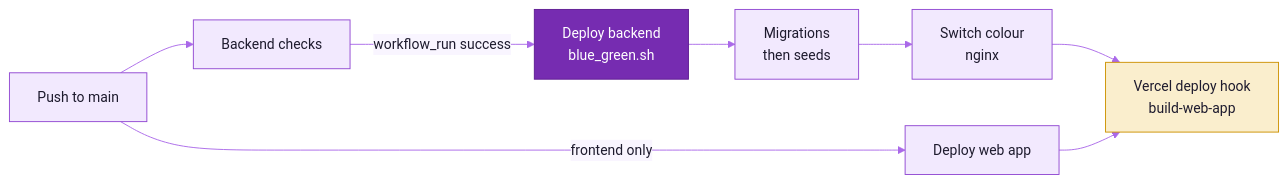
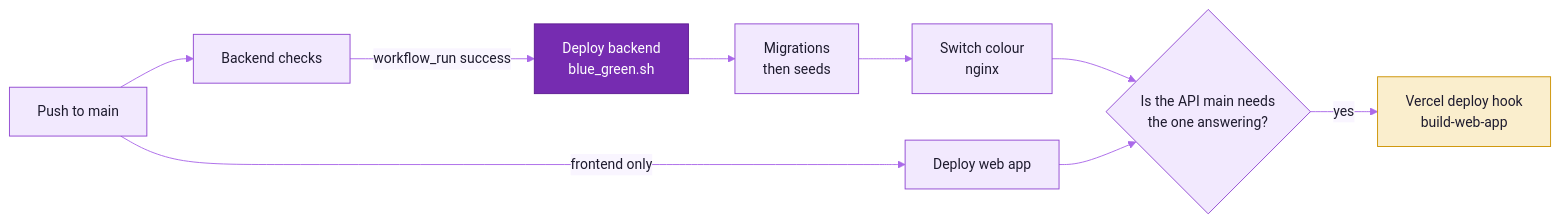
Before and after one commit to ankits1802/science-behind-craft: the diagram in docs/contracts/infra.md, drawn with Mermaid. The commit also changed other lines of this file and 37 other files, not shown here.

Commit message:
A release keeps serving and its way back, a colour switches only once ready, the web builds only on a live API, the fetcher runs as its own user, and provider calls end and settle (decision 0173)

````diff
--- a/docs/contracts/infra.md
+++ b/docs/contracts/infra.md
@@ -12,14 +12,15 @@
 ```mermaid
 %%{init: {"theme":"base","fontFamily":"Inter, ui-sans-serif, system-ui, -apple-system, Segoe UI, Roboto, Helvetica, Arial, sans-serif","themeVariables":{"fontSize":"15px","primaryColor":"#F2E9FE","primaryTextColor":"#1E1B2E","primaryBorderColor":"#9148D2","secondaryColor":"#FAEECD","secondaryTextColor":"#1E1B2E","secondaryBorderColor":"#CD9200","tertiaryColor":"#F3F1FA","tertiaryTextColor":"#1E1B2E","tertiaryBorderColor":"#A7A3BC","mainBkg":"#F2E9FE","nodeBorder":"#9148D2","nodeTextColor":"#1E1B2E","lineColor":"#AA69E9","textColor":"#857F9E","edgeLabelBackground":"#F9F5FF","clusterBkg":"#F9F5FF","clusterBorder":"#D6B6FB","titleColor":"#762CB1"}}}%%
 flowchart LR
   P["Push to main"] --> BC["Backend checks"]
   BC -->|workflow_run success| DB["Deploy backend<br/>blue_green.sh"]
   DB --> M["Migrations<br/>then seeds"]
   M --> SW["Switch colour<br/>nginx"]
-  SW --> HK["Vercel deploy hook<br/>build-web-app"]
-  P -->|frontend only| DW["Deploy web app"] --> HK
+  SW --> G{"Is the API main needs<br/>the one answering?"}
+  P -->|frontend only| DW["Deploy web app"] --> G
+  G -->|yes| HK["Vercel deploy hook<br/>build-web-app"]
   classDef accent fill:#762CB1,stroke:#5F1C93,color:#FFFFFF
   classDef gold fill:#FAEECD,stroke:#CD9200,color:#1E1B2E
   class DB accent
   class HK gold
 ```
````
